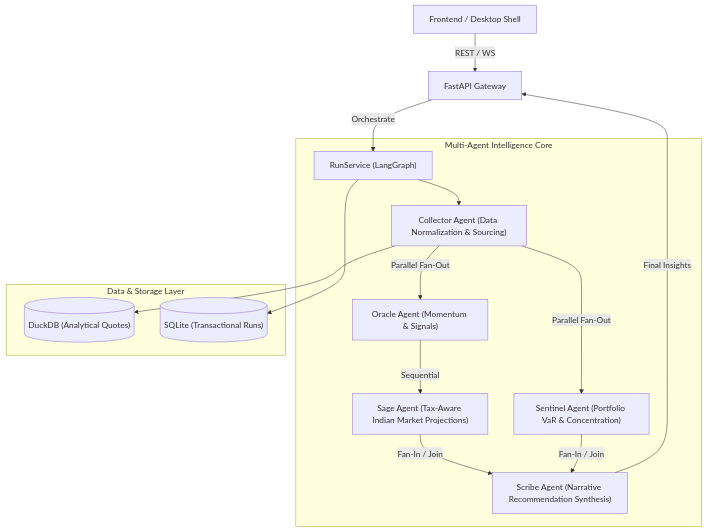
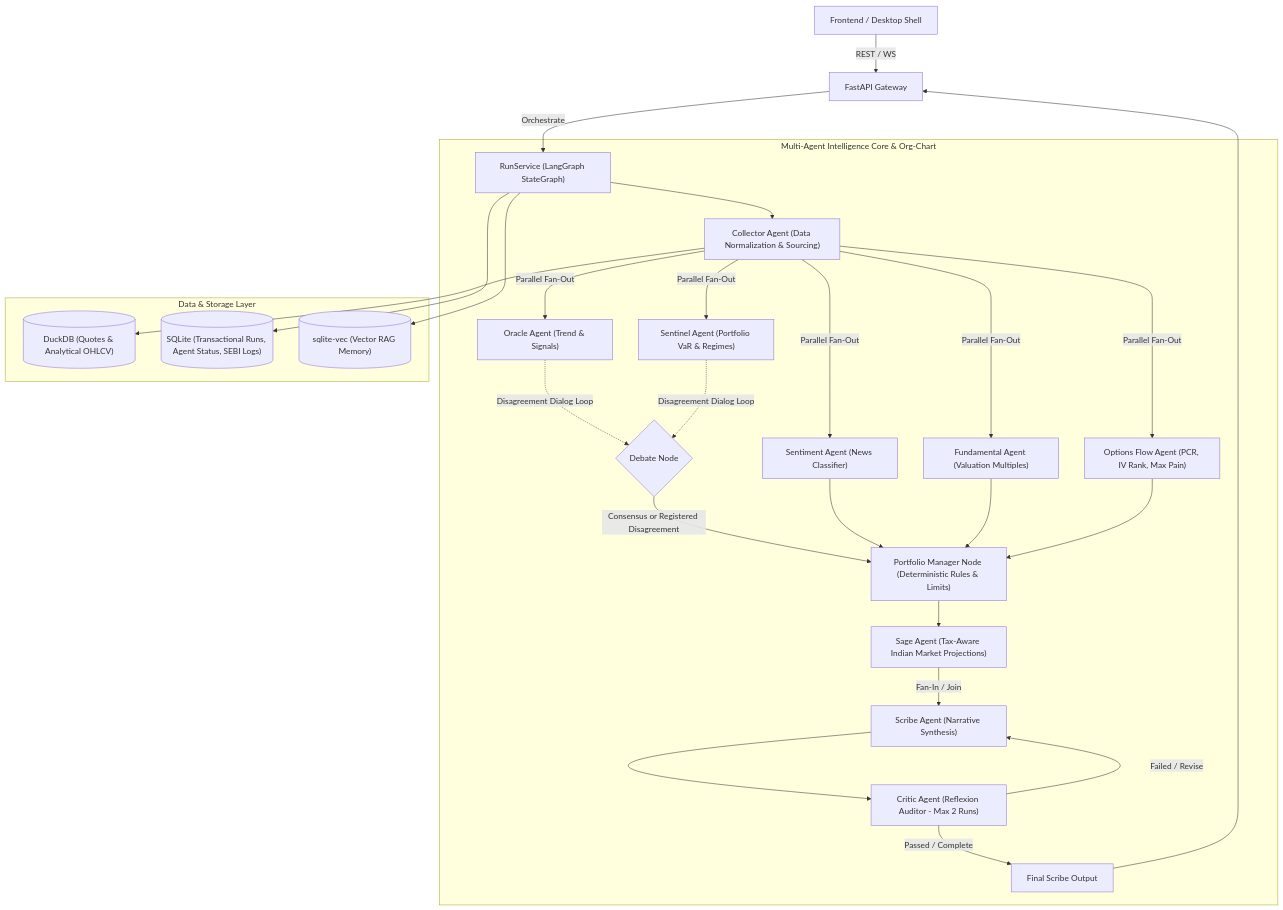
The diagram in README.md (AbsSadhu/Aletheia), drawn with Mermaid before and after one commit. The commit also changed other lines of this file, not shown here.

Commit message:
docs: update README with 9-agent architecture flow, Pydantic role contracts, and compliance logging details

````diff
--- a/README.md
+++ b/README.md
@@ -58,22 +60,39 @@
 ```mermaid
 graph TD
     UI["Frontend / Desktop Shell"] -->|REST / WS| API["FastAPI Gateway"]
-    API -->|Orchestrate| Engine["RunService (LangGraph)"]
+    API -->|Orchestrate| Engine["RunService (LangGraph StateGraph)"]
     
-    subgraph Multi-Agent Intelligence Core
+    subgraph Multi-Agent Intelligence Core & Org-Chart
         Engine --> Collector["Collector Agent (Data Normalization & Sourcing)"]
-        Collector -->|Parallel Fan-Out| Oracle["Oracle Agent (Momentum & Signals)"]
-        Collector -->|Parallel Fan-Out| Sentinel["Sentinel Agent (Portfolio VaR & Concentration)"]
-        Oracle -->|Sequential| Sage["Sage Agent (Tax-Aware Indian Market Projections)"]
         
-        Sage -->|Fan-In / Join| Scribe["Scribe Agent (Narrative Recommendation Synthesis)"]
-        Sentinel -->|Fan-In / Join| Scribe
+        Collector -->|Parallel Fan-Out| Oracle["Oracle Agent (Trend & Signals)"]
+        Collector -->|Parallel Fan-Out| Sentinel["Sentinel Agent (Portfolio VaR & Regimes)"]
+        Collector -->|Parallel Fan-Out| Sentiment["Sentiment Agent (News Classifier)"]
+        Collector -->|Parallel Fan-Out| Fundamental["Fundamental Agent (Valuation Multiples)"]
+        Collector -->|Parallel Fan-Out| OptionsFlow["Options Flow Agent (PCR, IV Rank, Max Pain)"]
+        
+        Oracle -.->|Disagreement Dialog Loop| DebateNode{"Debate Node"}
+        Sentinel -.->|Disagreement Dialog Loop| DebateNode
+        
+        DebateNode -->|Consensus or Registered Disagreement| PMNode["Portfolio Manager Node (Deterministic Rules & Limits)"]
+        Sentiment --> PMNode
+        Fundamental --> PMNode
+        OptionsFlow --> PMNode
+        
+        PMNode --> Sage["Sage Agent (Tax-Aware Indian Market Projections)"]
+        
+        Sage -->|Fan-In / Join| Scribe["Scribe Agent (Narrative Synthesis)"]
+        Scribe --> Critic["Critic Agent (Reflexion Auditor - Max 2 Runs)"]
+        
+        Critic -->|Failed / Revise| Scribe
+        Critic -->|Passed / Complete| FinalOutput["Final Scribe Output"]
     end
     
     subgraph Data & Storage Layer
-        Collector --> DuckDB[("DuckDB (Analytical Quotes)")]
-        Engine --> SQLite[("SQLite (Transactional Runs)")]
+        Collector --> DuckDB[("DuckDB (Quotes & Analytical OHLCV)")]
+        Engine --> SQLite[("SQLite (Transactional Runs, Agent Status, SEBI Logs)")]
+        Engine --> VecStore[("sqlite-vec (Vector RAG Memory)")]
     end
     
-    Scribe -->|Final Insights| API
+    FinalOutput --> API
 ```
````
